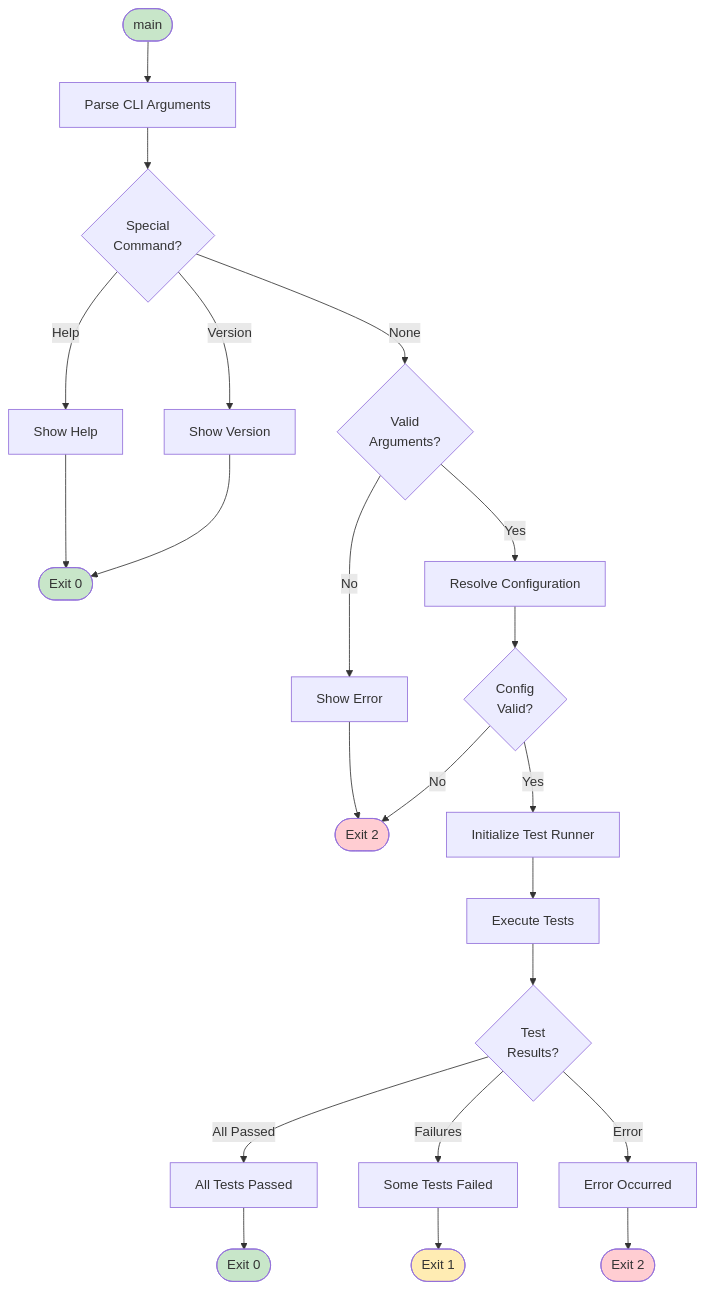
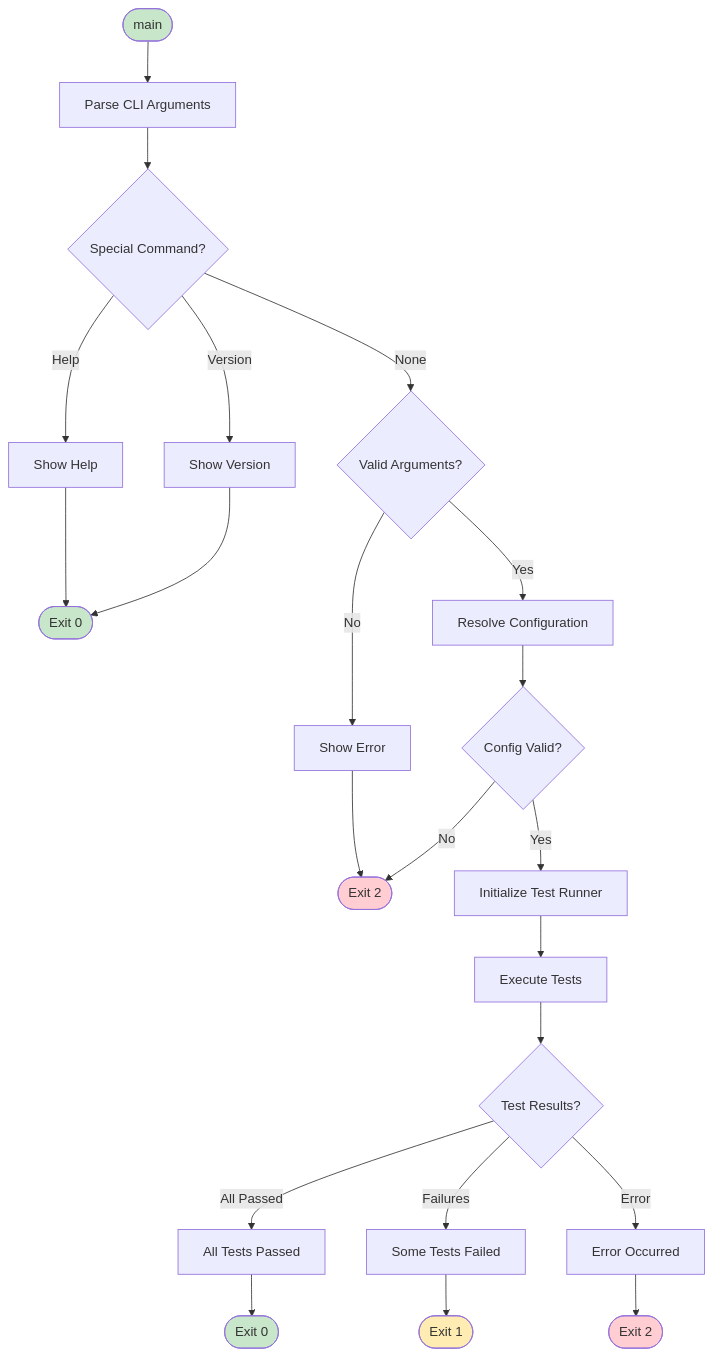
Before and after one commit to softwarewrighter/ui-test-rs: the fourth of 6 diagrams in wiki/CLI-Interface.md, drawn with Mermaid. The commit also changed other lines of this file and 10 other files, not shown here.

First line of the commit message:
Fix wiki Mermaid diagrams: remove <br/> tags

````diff
--- a/wiki/CLI-Interface.md
+++ b/wiki/CLI-Interface.md
@@ -247,64 +247,64 @@
 ```mermaid
 flowchart TB
     Start([main])
     ParseArgs[Parse CLI Arguments]
-    SpecialCmd{Special<br/>Command?}
+    SpecialCmd{Special Command?}
     ShowHelp[Show Help]
     ShowVersion[Show Version]
     Exit0([Exit 0])
 
-    ValidateArgs{Valid<br/>Arguments?}
+    ValidateArgs{Valid Arguments?}
     ShowError[Show Error]
     Exit2([Exit 2])
 
     ResolveConfig[Resolve Configuration]
-    ConfigValid{Config<br/>Valid?}
+    ConfigValid{Config Valid?}
 
     InitRunner[Initialize Test Runner]
     RunTests[Execute Tests]
-    Results{Test<br/>Results?}
+    Results{Test Results?}
 
     AllPassed[All Tests Passed]
     SomeFailed[Some Tests Failed]
     ErrorOccurred[Error Occurred]
 
     Exit0b([Exit 0])
     Exit1([Exit 1])
     Exit2b([Exit 2])
 
     Start --> ParseArgs
     ParseArgs --> SpecialCmd
 
     SpecialCmd -->|Help| ShowHelp
     SpecialCmd -->|Version| ShowVersion
     SpecialCmd -->|None| ValidateArgs
 
     ShowHelp --> Exit0
     ShowVersion --> Exit0
 
     ValidateArgs -->|No| ShowError
     ValidateArgs -->|Yes| ResolveConfig
     ShowError --> Exit2
 
     ResolveConfig --> ConfigValid
     ConfigValid -->|No| Exit2
     ConfigValid -->|Yes| InitRunner
 
     InitRunner --> RunTests
     RunTests --> Results
 
     Results -->|All Passed| AllPassed
     Results -->|Failures| SomeFailed
     Results -->|Error| ErrorOccurred
 
     AllPassed --> Exit0b
     SomeFailed --> Exit1
     ErrorOccurred --> Exit2b
 
     style Start fill:#c8e6c9
     style Exit0 fill:#c8e6c9
     style Exit0b fill:#c8e6c9
     style Exit1 fill:#ffecb3
     style Exit2 fill:#ffcdd2
     style Exit2b fill:#ffcdd2
 ```
````
